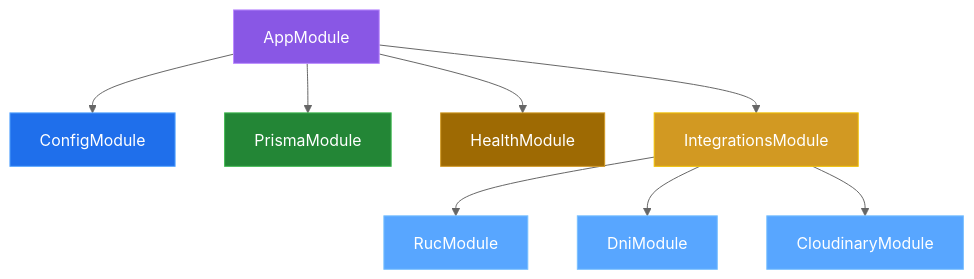
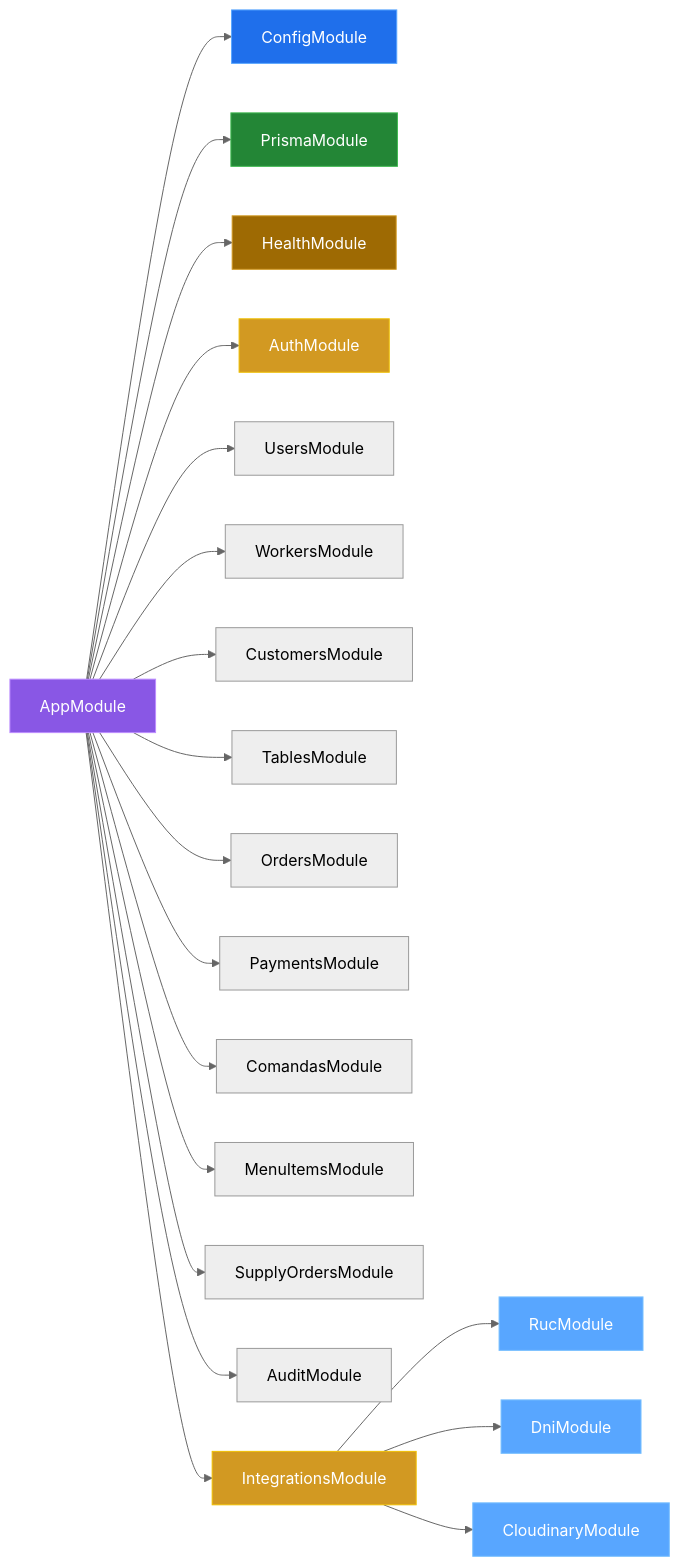
One commit to TURTLE-URP/TURTLE-Backend changed the first of 2 diagrams in docs/03-arquitectura.md. Above: the diagram before and after it, drawn with Mermaid (neutral theme). The commit also changed other lines of this file and 8 other files, not shown here.

````diff
--- a/docs/03-arquitectura.md
+++ b/docs/03-arquitectura.md
@@ -5,19 +4,31 @@
 ```mermaid
-graph TD
+graph LR
     AppModule --> ConfigModule
     AppModule --> PrismaModule
     AppModule --> HealthModule
+    AppModule --> AuthModule
+    AppModule --> UsersModule
+    AppModule --> WorkersModule
+    AppModule --> CustomersModule
+    AppModule --> TablesModule
+    AppModule --> OrdersModule
+    AppModule --> PaymentsModule
+    AppModule --> ComandasModule
+    AppModule --> MenuItemsModule
+    AppModule --> SupplyOrdersModule
+    AppModule --> AuditModule
     AppModule --> IntegrationsModule
     IntegrationsModule --> RucModule
     IntegrationsModule --> DniModule
     IntegrationsModule --> CloudinaryModule
 
     style AppModule fill:#8957e5,stroke:#bc8cff,color:#fff
     style ConfigModule fill:#1f6feb,stroke:#58a6ff,color:#fff
     style PrismaModule fill:#238636,stroke:#3fb950,color:#fff
     style HealthModule fill:#9e6a03,stroke:#d29922,color:#fff
+    style AuthModule fill:#d29922,stroke:#f0c000,color:#fff
     style IntegrationsModule fill:#d29922,stroke:#f0c000,color:#fff
     style RucModule fill:#58a6ff,stroke:#79c0ff,color:#fff
     style DniModule fill:#58a6ff,stroke:#79c0ff,color:#fff
     style CloudinaryModule fill:#58a6ff,stroke:#79c0ff,color:#fff
 ```
````
